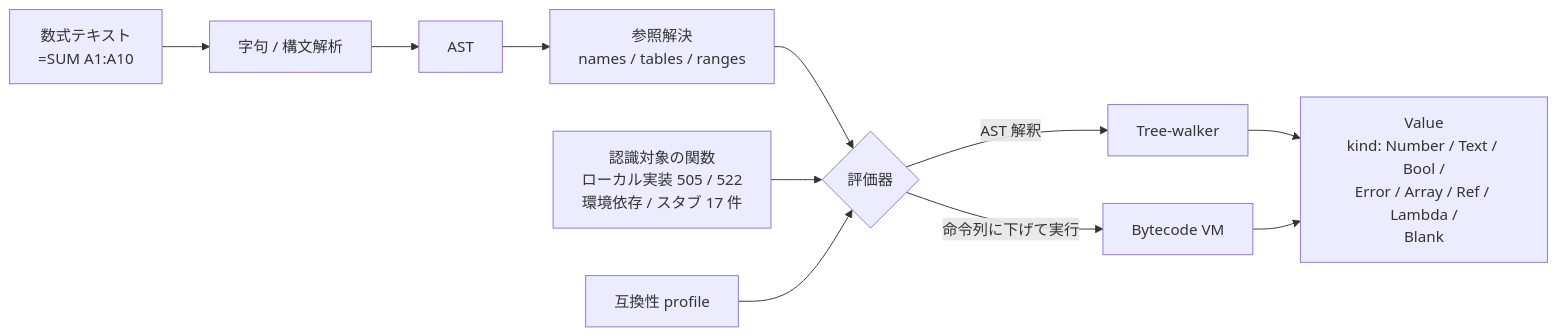
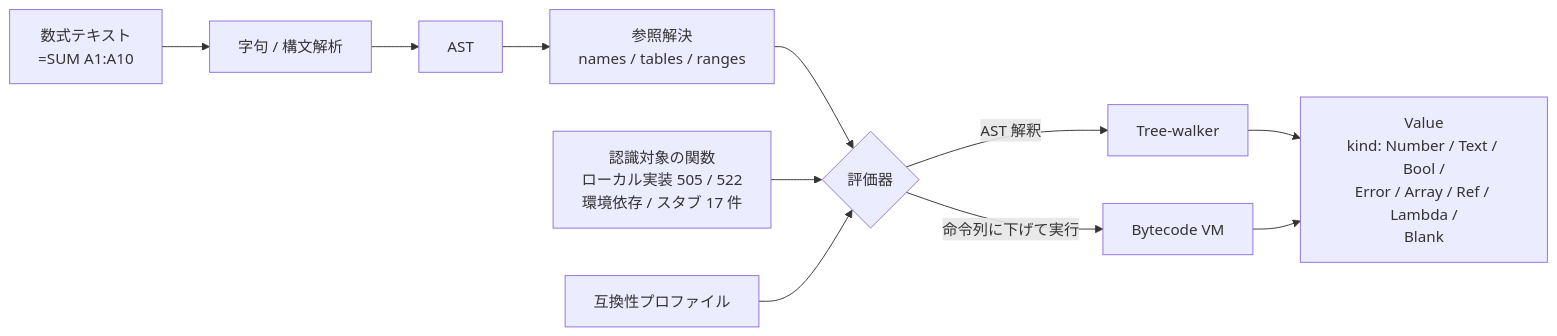
One commit to libraz/formulon-homepage changed the diagram in src/ja/workbook/formula-engine.md. Above: the diagram before and after it, drawn with Mermaid. The commit also changed other lines of this file and 49 other files, not shown here.

````diff
--- a/src/ja/workbook/formula-engine.md
+++ b/src/ja/workbook/formula-engine.md
@@ -13,13 +13,13 @@
 ```mermaid
 flowchart LR
   TXT[数式テキスト<br/>=SUM A1:A10] --> LEX[字句 / 構文解析]
   LEX --> AST[AST]
   AST --> RESOLVE[参照解決<br/>names / tables / ranges]
   RESOLVE --> EVAL{評価器}
   EVAL -->|AST 解釈| TW[Tree-walker]
   EVAL -->|命令列に下げて実行| BC[Bytecode VM]
   REG[認識対象の関数<br/>ローカル実装 505 / 522<br/>環境依存 / スタブ 17 件] --> EVAL
-  PROF[互換性 profile] --> EVAL
+  PROF[互換性プロファイル] --> EVAL
   TW --> VAL[Value<br/>kind: Number / Text / Bool /<br/>Error / Array / Ref / Lambda /<br/>Blank]
   BC --> VAL
 ```
````
